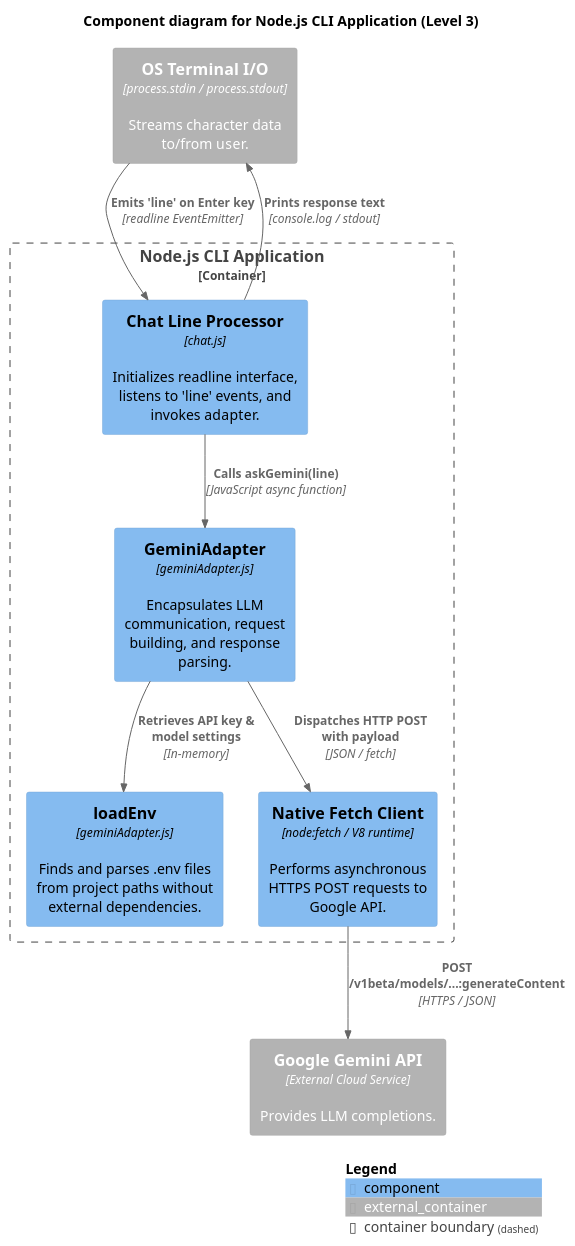
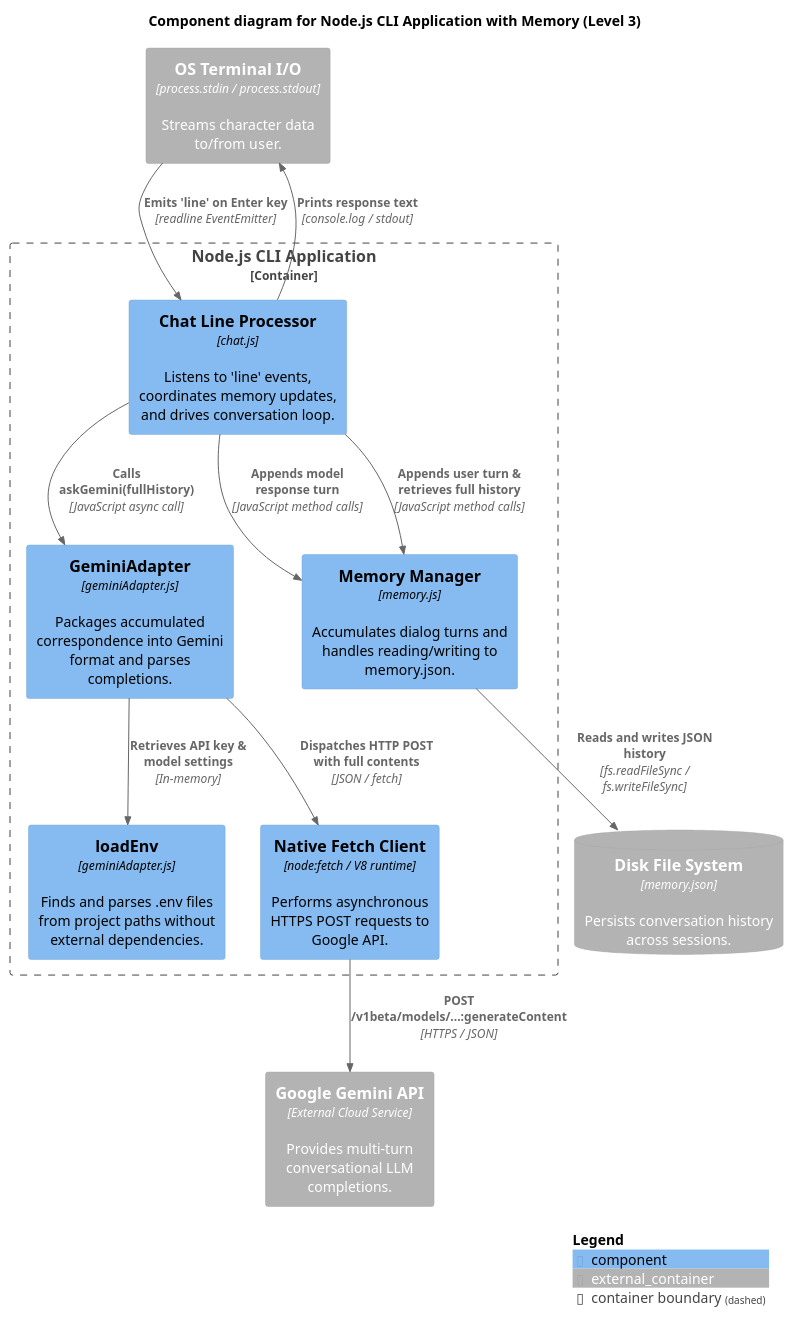
Before and after one commit to den987655/fullstack-vibecoder-bot: the diagram in console-chat/docs/c4-model/level3-component.puml, drawn with PlantUML. The commit also changed 8 other files, not shown here.

Commit message:
feat: accumulate conversation history, persist memory on disk, update C4 diagrams

```diff
--- a/console-chat/docs/c4-model/level3-component.puml
+++ b/console-chat/docs/c4-model/level3-component.puml
@@ -1,25 +1,30 @@
 @startuml
 !include https://raw.githubusercontent.com/plantuml-stdlib/C4-PlantUML/master/C4_Component.puml
 
-title Component diagram for Node.js CLI Application (Level 3)
+title Component diagram for Node.js CLI Application with Memory (Level 3)
 
 Container_Ext(terminalIO, "OS Terminal I/O", "process.stdin / process.stdout", "Streams character data to/from user.")
-Container_Ext(geminiAPI, "Google Gemini API", "External Cloud Service", "Provides LLM completions.")
+Container_Ext(geminiAPI, "Google Gemini API", "External Cloud Service", "Provides multi-turn conversational LLM completions.")
+ContainerDb_Ext(diskStorage, "Disk File System", "memory.json", "Persists conversation history across sessions.")
 
 Container_Boundary(cliApp, "Node.js CLI Application") {
-    Component(chatJs, "Chat Line Processor", "chat.js", "Initializes readline interface, listens to 'line' events, and invokes adapter.")
-    Component(geminiAdapter, "GeminiAdapter", "geminiAdapter.js", "Encapsulates LLM communication, request building, and response parsing.")
+    Component(chatJs, "Chat Line Processor", "chat.js", "Listens to 'line' events, coordinates memory updates, and drives conversation loop.")
+    Component(memoryModule, "Memory Manager", "memory.js", "Accumulates dialog turns and handles reading/writing to memory.json.")
+    Component(geminiAdapter, "GeminiAdapter", "geminiAdapter.js", "Packages accumulated correspondence into Gemini format and parses completions.")
     Component(envLoader, "loadEnv", "geminiAdapter.js", "Finds and parses .env files from project paths without external dependencies.")
     Component(fetchClient, "Native Fetch Client", "node:fetch / V8 runtime", "Performs asynchronous HTTPS POST requests to Google API.")
 
-    Rel(chatJs, geminiAdapter, "Calls askGemini(line)", "JavaScript async function")
+    Rel(chatJs, memoryModule, "Appends user turn & retrieves full history", "JavaScript method calls")
+    Rel(chatJs, geminiAdapter, "Calls askGemini(fullHistory)", "JavaScript async call")
+    Rel(chatJs, memoryModule, "Appends model response turn", "JavaScript method calls")
+    Rel(memoryModule, diskStorage, "Reads and writes JSON history", "fs.readFileSync / fs.writeFileSync")
     Rel(geminiAdapter, envLoader, "Retrieves API key & model settings", "In-memory")
-    Rel(geminiAdapter, fetchClient, "Dispatches HTTP POST with payload", "JSON / fetch")
+    Rel(geminiAdapter, fetchClient, "Dispatches HTTP POST with full contents", "JSON / fetch")
 }
 
 Rel(terminalIO, chatJs, "Emits 'line' on Enter key", "readline EventEmitter")
 Rel(chatJs, terminalIO, "Prints response text", "console.log / stdout")
 Rel(fetchClient, geminiAPI, "POST /v1beta/models/...:generateContent", "HTTPS / JSON")
 
 SHOW_LEGEND()
 @enduml
```
